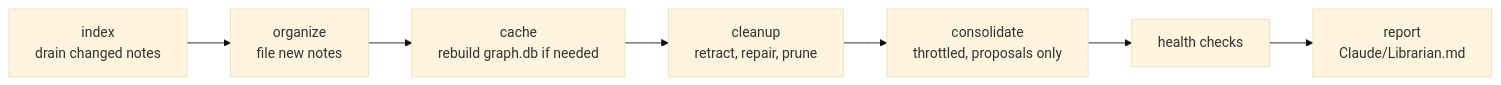
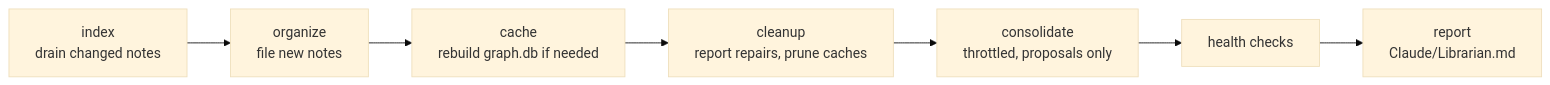
Before and after one commit to DeepExtrema/tesseract: the third of 3 diagrams in README.md, drawn with Mermaid (base theme). The commit also changed other lines of this file and 4 other files, not shown here.

First line of the commit message:
fix(librarian): make cleanup repairs report-only unless opted in

````diff
--- a/README.md
+++ b/README.md
@@ -122,9 +122,9 @@
 ```mermaid
 flowchart LR
     I[index<br/>drain changed notes] --> O[organize<br/>file new notes]
     O --> C[cache<br/>rebuild graph.db if needed]
-    C --> CL[cleanup<br/>retract, repair, prune]
+    C --> CL[cleanup<br/>report repairs, prune caches]
     CL --> CO[consolidate<br/>throttled, proposals only]
     CO --> H[health checks]
     H --> RP[report<br/>Claude/Librarian.md]
 ```
````
